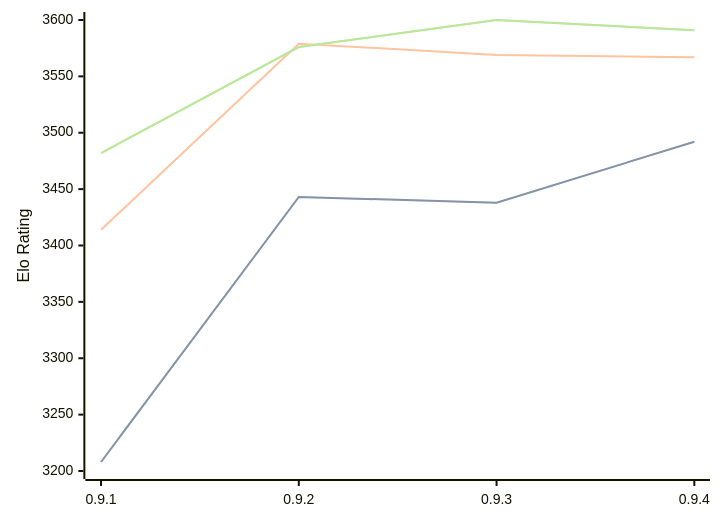
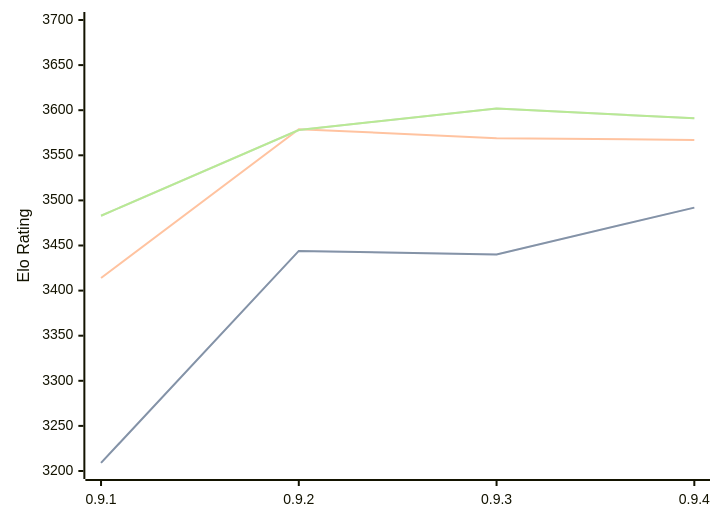
Before and after one commit to computer-chess-index/cci: the diagram in engines/Coda.md, drawn with Mermaid. The commit also changed other lines of this file, not shown here.

Commit message:
Update CCI Ratings (ELO VLTC) - 2026-10-08

````diff
--- a/engines/Coda.md
+++ b/engines/Coda.md
@@ -34,11 +34,11 @@
 ```mermaid
 %%{init: {"theme":"base","themeVariables":{"seriesColors:['#a3a3a3','#222221','#faa371']}}}%%
 xychart-beta
   x-axis ["0.9.1", "0.9.2", "0.9.3", "0.9.4"]
-  y-axis "Elo Rating" 3200 --> 3600
-  line "" [3208, 3443, 3438, 3492]
-  line "STC (8.0+0.08s)" [3208, 3443, 3438, 3492]
+  y-axis "Elo Rating" 3200 --> 3700
+  line "" [3209, 3444, 3440, 3492]
+  line "STC (8.0+0.08s)" [3209, 3444, 3440, 3492]
   line "LTC (60.0+0.60s)" [3414, 3579, 3569, 3567]
-  line "" [3482, 3576, 3600, 3591]
-  line "VLTC (2m24s+1.12s)" [3482, 3576, 3600, 3591]
+  line "" [3483, 3578, 3602, 3591]
+  line "VLTC (2m24s+1.12s)" [3483, 3578, 3602, 3591]
 ```
````
